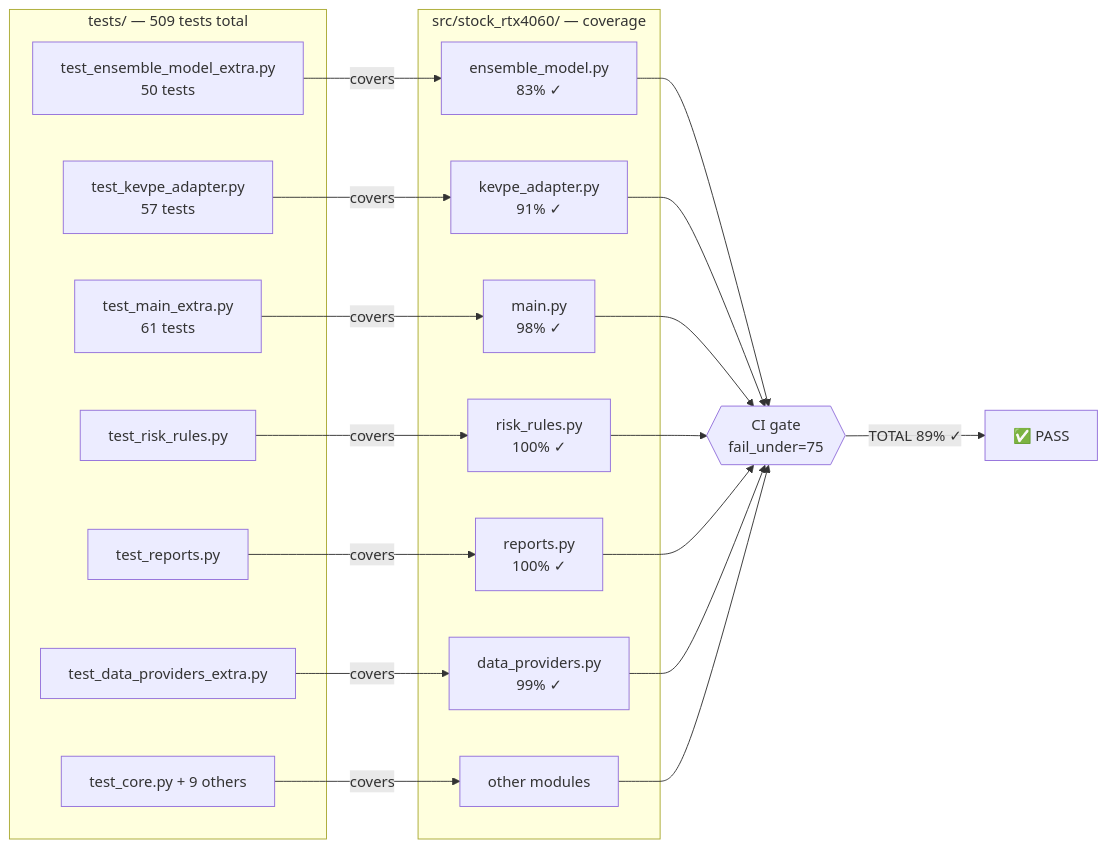
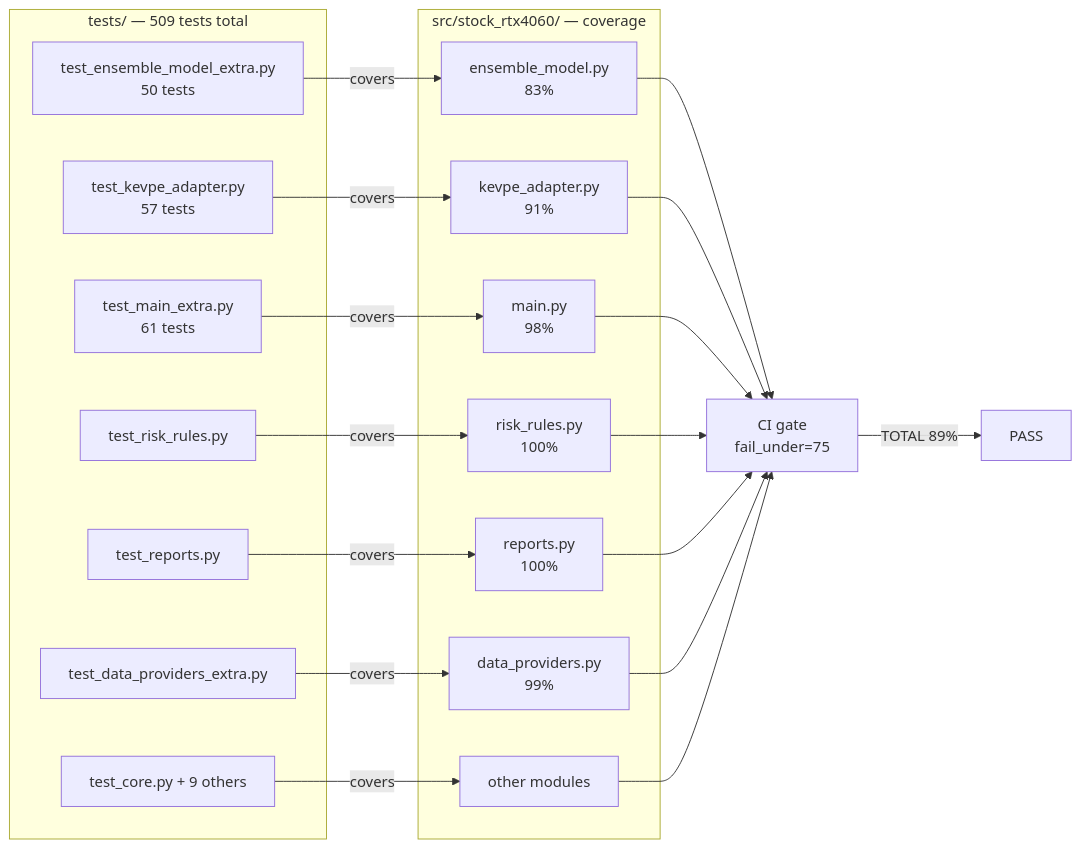
One commit to macho715/stock_hermes changed the sixth of 6 diagrams in README.md. Above: the diagram before and after it, drawn with Mermaid.

Commit message:
fix: replace graph LR + backslash-n with flowchart LR + br — Mermaid render fix

````diff
--- a/README.md
+++ b/README.md
@@ -571,34 +571,39 @@
 ```mermaid
-graph LR
-    subgraph TestSuite["tests/ — 509 tests total"]
-        T1["test_ensemble_model_extra.py\n50 tests"]
-        T2["test_kevpe_adapter.py\n57 tests"]
-        T3["test_main_extra.py\n61 tests"]
+flowchart LR
+    subgraph TS["tests/  —  509 tests total"]
+        T1["test_ensemble_model_extra.py<br/>50 tests"]
+        T2["test_kevpe_adapter.py<br/>57 tests"]
+        T3["test_main_extra.py<br/>61 tests"]
         T4["test_risk_rules.py"]
         T5["test_reports.py"]
         T6["test_data_providers_extra.py"]
         TC["test_core.py + 9 others"]
     end
 
-    subgraph Modules["src/stock_rtx4060/ — coverage"]
-        M1["ensemble_model.py\n83% ✓"]
-        M2["kevpe_adapter.py\n91% ✓"]
-        M3["main.py\n98% ✓"]
-        M4["risk_rules.py\n100% ✓"]
-        M5["reports.py\n100% ✓"]
-        M6["data_providers.py\n99% ✓"]
+    subgraph MOD["src/stock_rtx4060/  —  coverage"]
+        M1["ensemble_model.py<br/>83%"]
+        M2["kevpe_adapter.py<br/>91%"]
+        M3["main.py<br/>98%"]
+        M4["risk_rules.py<br/>100%"]
+        M5["reports.py<br/>100%"]
+        M6["data_providers.py<br/>99%"]
         MX["other modules"]
     end
 
     T1 -->|covers| M1
     T2 -->|covers| M2
     T3 -->|covers| M3
     T4 -->|covers| M4
     T5 -->|covers| M5
     T6 -->|covers| M6
-    TC  -->|covers| MX
+    TC -->|covers| MX
 
-    CI{{"CI gate\nfail_under=75"}}
-    M1 & M2 & M3 & M4 & M5 & M6 & MX --> CI
-    CI -->|"TOTAL 89% ✓"| PASS["✅ PASS"]
+    M1 --> CI["CI gate<br/>fail_under=75"]
+    M2 --> CI
+    M3 --> CI
+    M4 --> CI
+    M5 --> CI
+    M6 --> CI
+    MX --> CI
+    CI -->|TOTAL 89%| PASS["PASS"]
 ```
````
